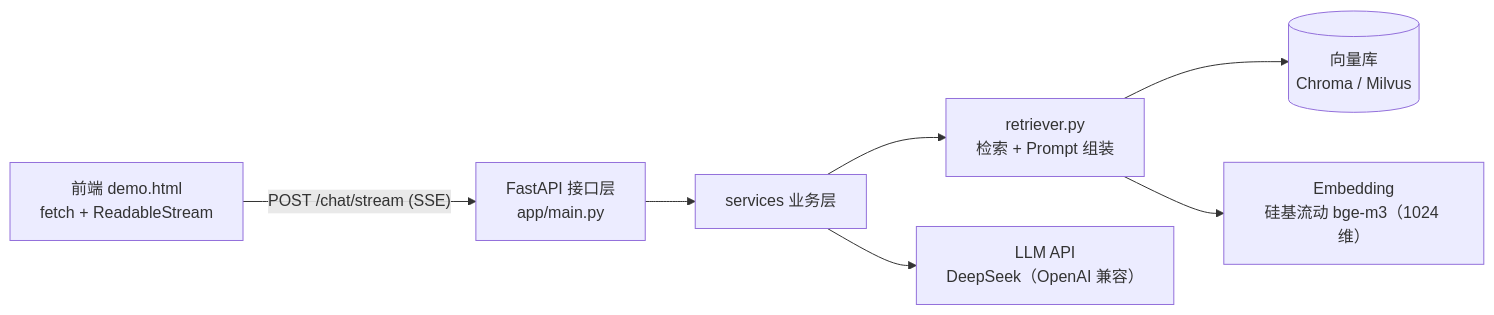
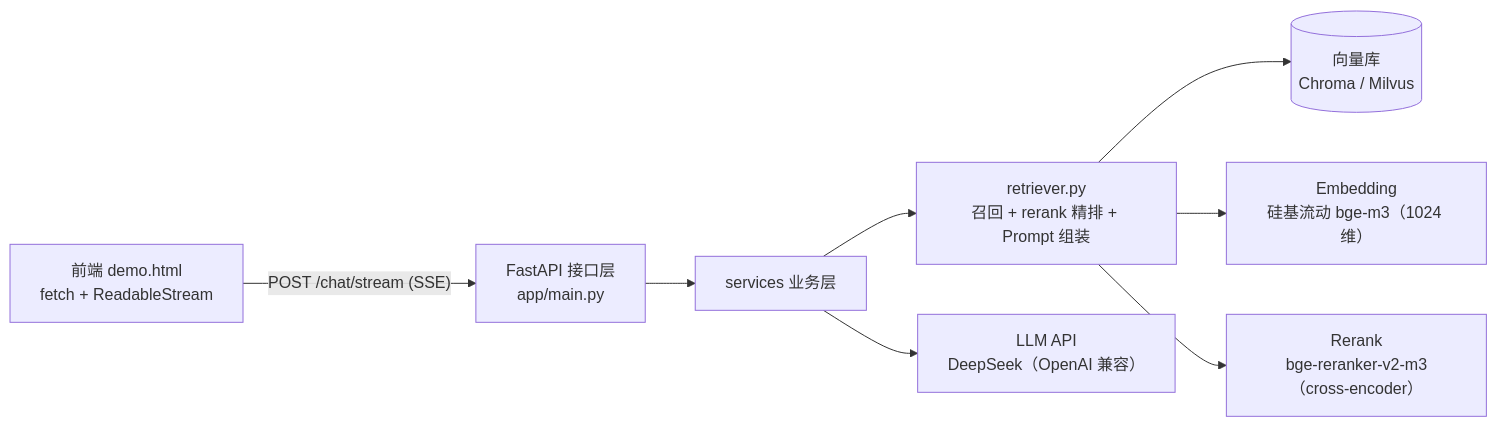
The diagram in README.md (WangChangmian/kb-agent), drawn with Mermaid before and after one commit. The commit also changed other lines of this file, not shown here.

First line of the commit message:
docs: README 同步真实进展（rerank 精排、三项指标、分块策略、调参曲线）

````diff
--- a/README.md
+++ b/README.md
@@ -27,9 +29,10 @@
 ```mermaid
 flowchart LR
     U["前端 demo.html<br/>fetch + ReadableStream"] -->|"POST /chat/stream (SSE)"| API["FastAPI 接口层<br/>app/main.py"]
     API --> SVC["services 业务层"]
-    SVC --> RET["retriever.py<br/>检索 + Prompt 组装"]
+    SVC --> RET["retriever.py<br/>召回 + rerank 精排 + Prompt 组装"]
     RET --> VS[("向量库<br/>Chroma / Milvus")]
     SVC --> LLM["LLM API<br/>DeepSeek（OpenAI 兼容）"]
     RET --> EMB["Embedding<br/>硅基流动 bge-m3（1024 维）"]
+    RET --> RR["Rerank<br/>bge-reranker-v2-m3（cross-encoder）"]
 ```
````
